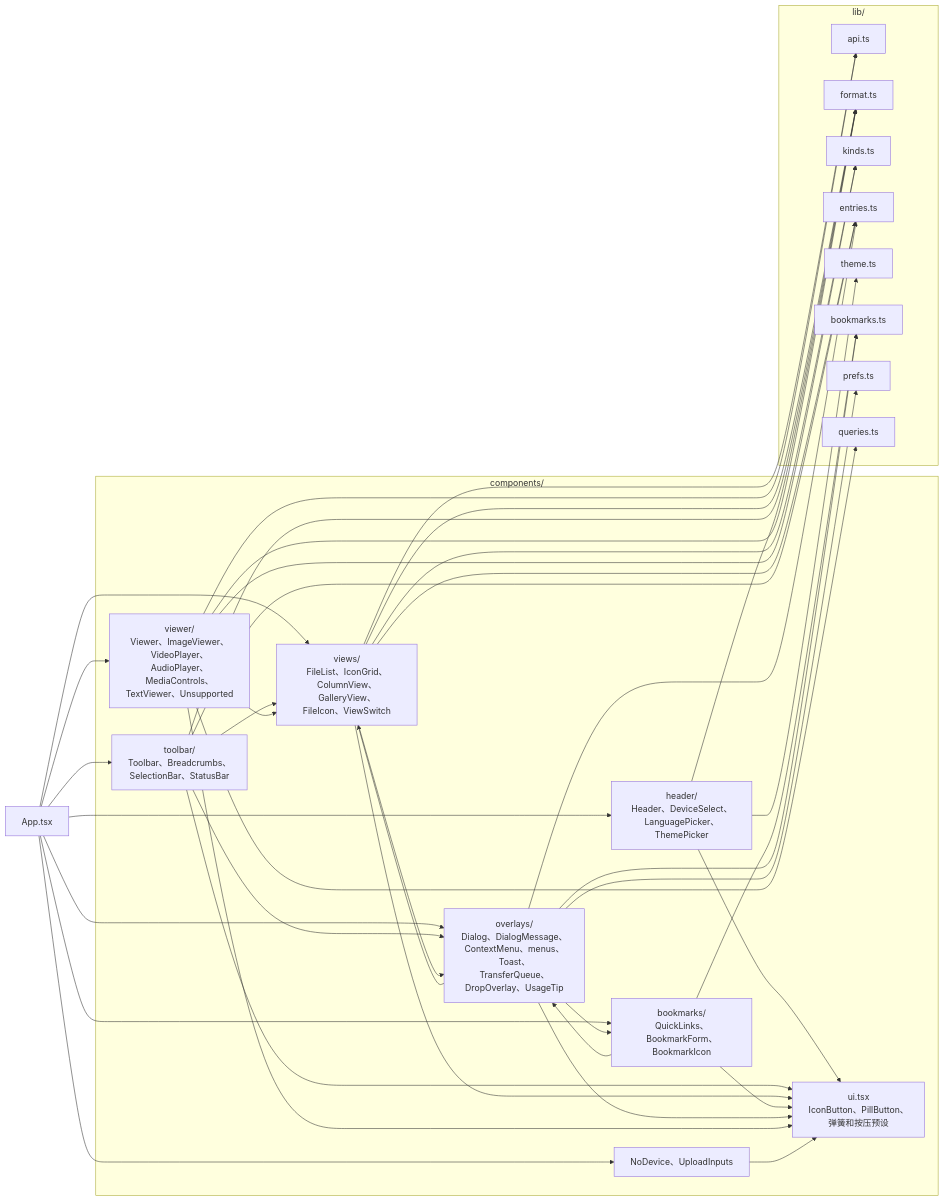
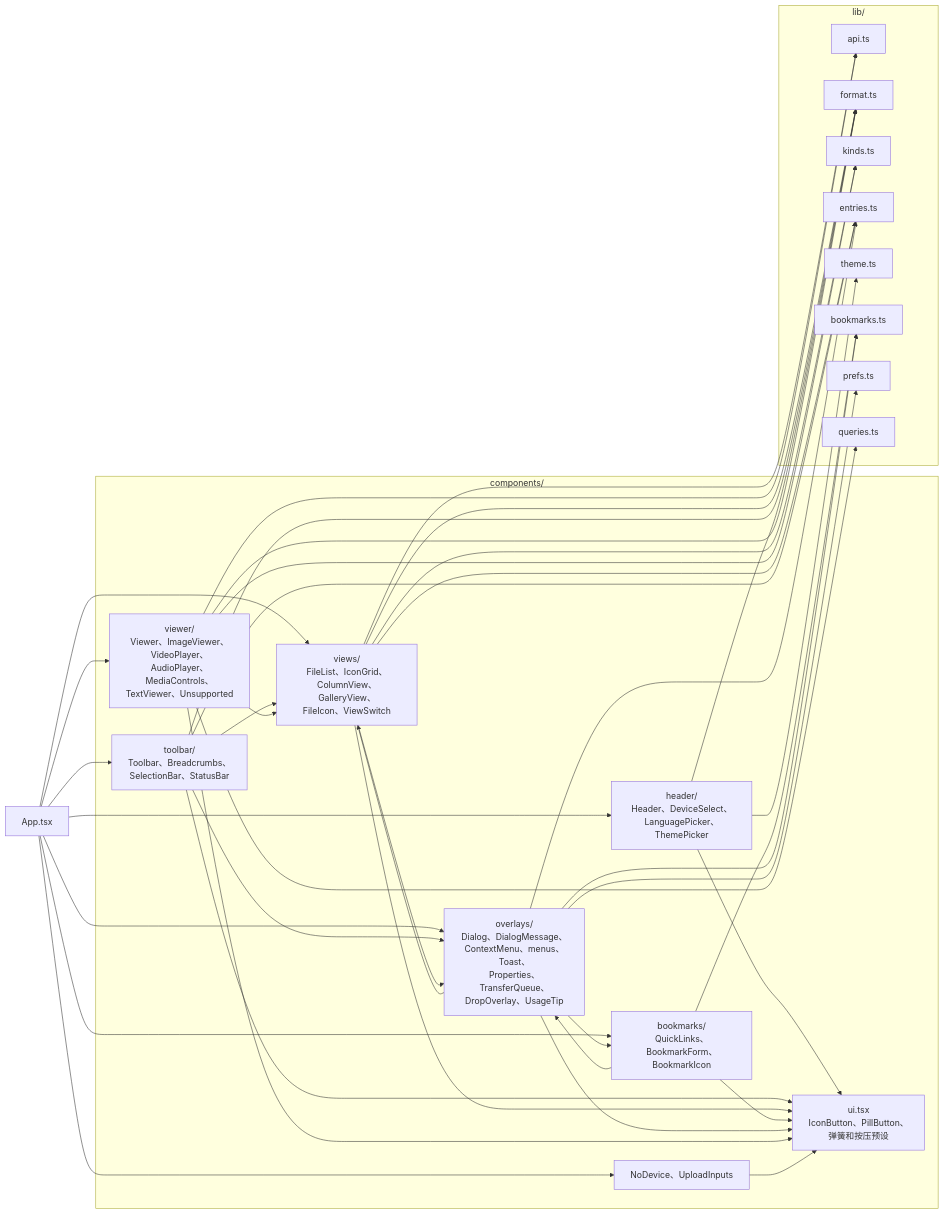
Before and after one commit to wynnyu/adb-file-manager: the seventh of 10 diagrams in docs/architecture.md, drawn with Mermaid. The commit also changed other lines of this file and 3 other files, not shown here.

````diff
--- a/docs/architecture.md
+++ b/docs/architecture.md
@@ -261,41 +265,41 @@
 ```mermaid
 flowchart LR
   App["App.tsx"]
   subgraph comps["components/"]
     header["header/<br/>Header、DeviceSelect、<br/>LanguagePicker、ThemePicker"]
     toolbar["toolbar/<br/>Toolbar、Breadcrumbs、<br/>SelectionBar、StatusBar"]
     views["views/<br/>FileList、IconGrid、<br/>ColumnView、GalleryView、<br/>FileIcon、ViewSwitch"]
     bm["bookmarks/<br/>QuickLinks、BookmarkForm、<br/>BookmarkIcon"]
-    overlays["overlays/<br/>Dialog、DialogMessage、<br/>ContextMenu、menus、Toast、<br/>TransferQueue、DropOverlay、UsageTip"]
+    overlays["overlays/<br/>Dialog、DialogMessage、<br/>ContextMenu、menus、Toast、<br/>Properties、TransferQueue、<br/>DropOverlay、UsageTip"]
     viewer["viewer/<br/>Viewer、ImageViewer、<br/>VideoPlayer、AudioPlayer、<br/>MediaControls、TextViewer、Unsupported"]
     misc["NoDevice、UploadInputs"]
     ui["ui.tsx<br/>IconButton、PillButton、<br/>弹簧和按压预设"]
   end
   subgraph lib["lib/"]
     api["api.ts"]
     format["format.ts"]
     kinds["kinds.ts"]
     entries["entries.ts"]
     theme["theme.ts"]
     bookmarksLib["bookmarks.ts"]
     prefs["prefs.ts"]
     queries["queries.ts"]
   end
 
   App --> header & toolbar & views & bm & overlays & viewer & misc
   header & toolbar & views & bm & overlays & viewer & misc --> ui
   toolbar --> views
   toolbar --> overlays
   views --> overlays
   overlays --> bm
   overlays --> views
   bm --> overlays
   views --> api
   views --> format & kinds & entries
   toolbar --> format & entries
   header --> format & theme
   bm --> bookmarksLib
   overlays --> bookmarksLib & entries & prefs
   viewer --> views
   viewer --> api & queries & format & kinds
 ```
````
